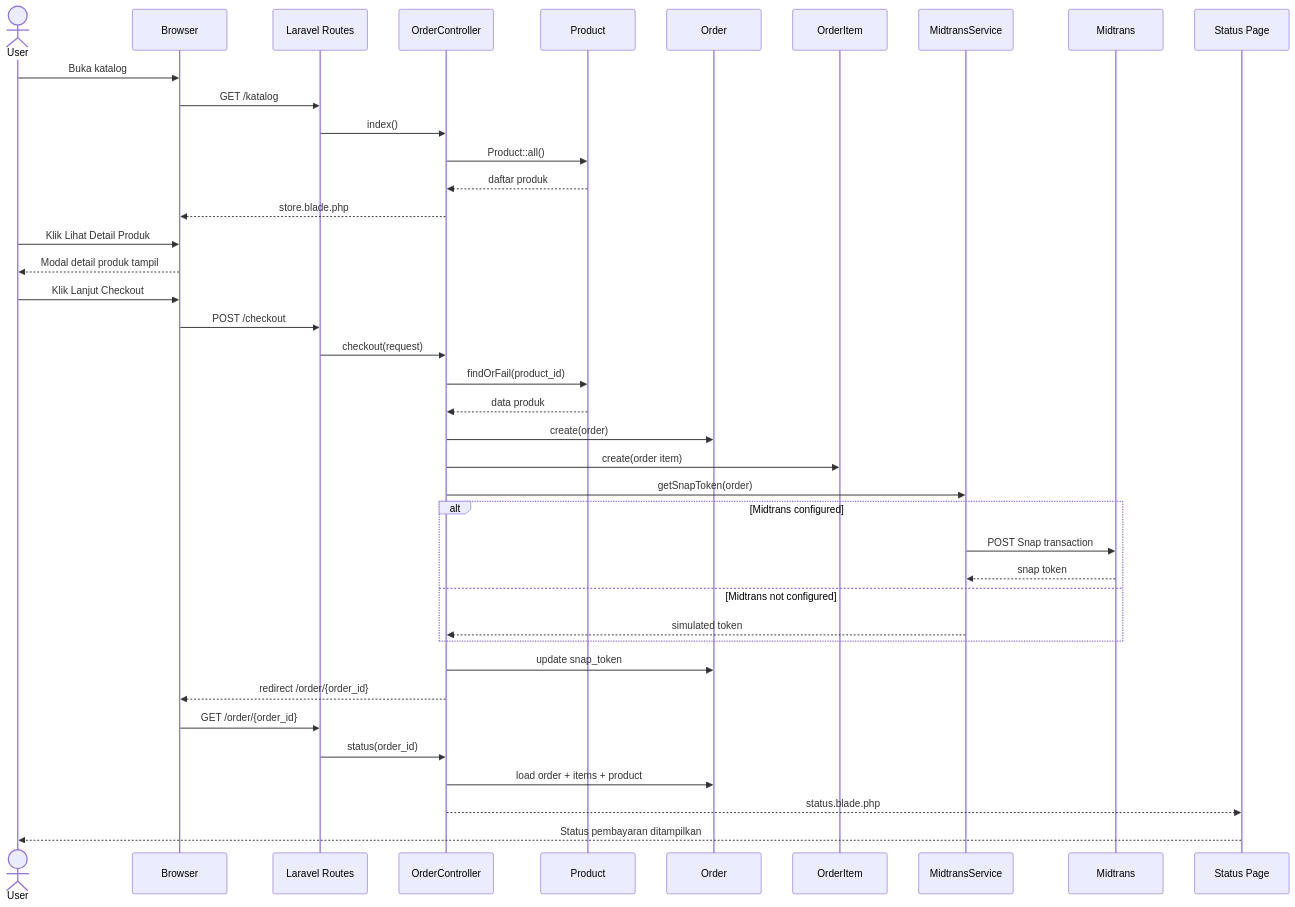
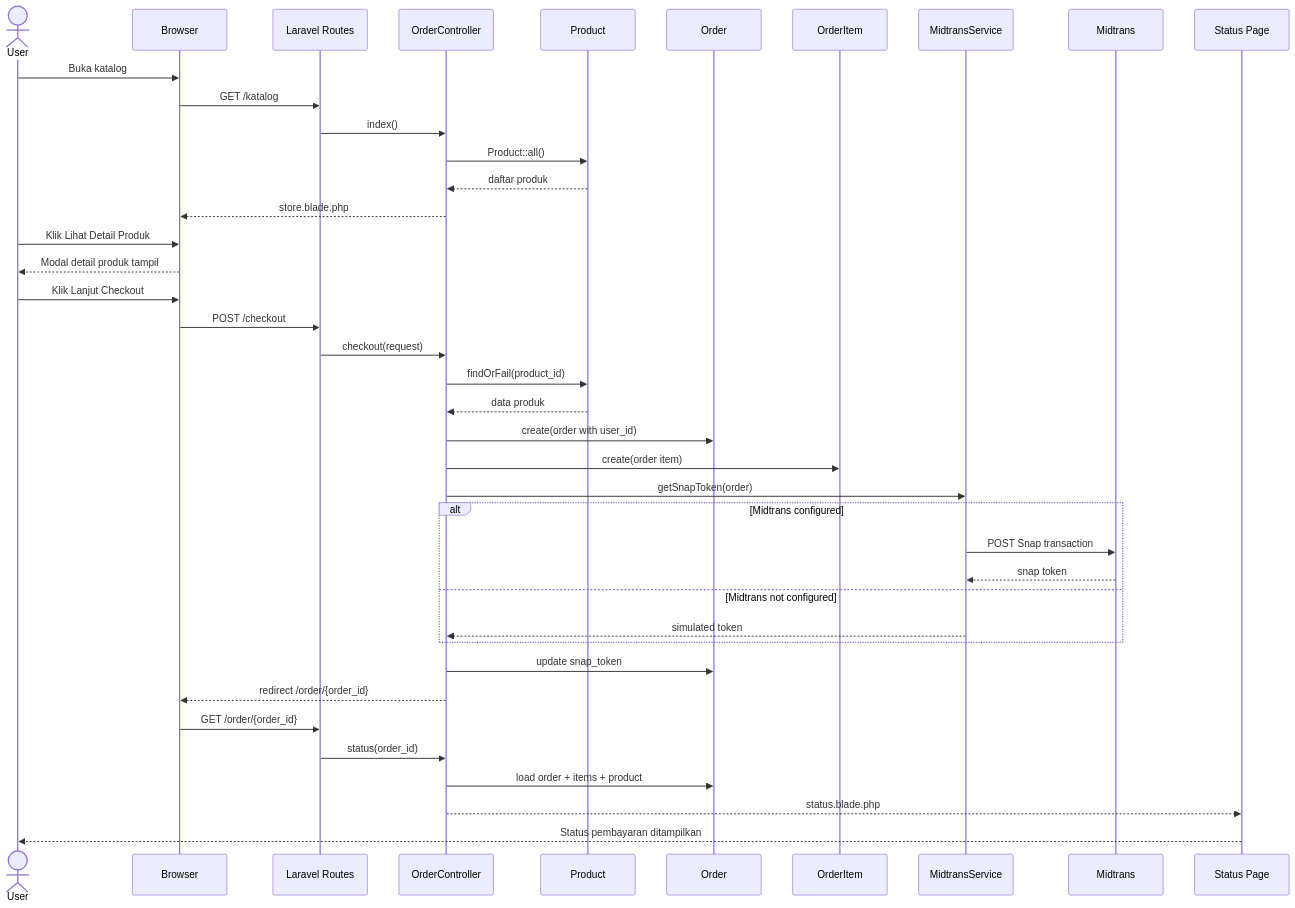
One commit to mufid1012/Laravel changed the fifth of 7 diagrams in Project-kelompok-app/docs/UML_Karsa_Studio.md. Above: the diagram before and after it, drawn with Mermaid. The commit also changed other lines of this file and 16 other files, not shown here.

````diff
--- a/Project-kelompok-app/docs/UML_Karsa_Studio.md
+++ b/Project-kelompok-app/docs/UML_Karsa_Studio.md
@@ -239,47 +303,47 @@
 ```mermaid
 sequenceDiagram
     actor User
     participant Browser
     participant Routes as Laravel Routes
     participant OrderController
     participant Product
     participant Order
     participant OrderItem
     participant MidtransService
     participant Midtrans
     participant StatusView as Status Page
 
     User->>Browser: Buka katalog
     Browser->>Routes: GET /katalog
     Routes->>OrderController: index()
     OrderController->>Product: Product::all()
     Product-->>OrderController: daftar produk
     OrderController-->>Browser: store.blade.php
 
     User->>Browser: Klik Lihat Detail Produk
     Browser-->>User: Modal detail produk tampil
     User->>Browser: Klik Lanjut Checkout
 
     Browser->>Routes: POST /checkout
     Routes->>OrderController: checkout(request)
     OrderController->>Product: findOrFail(product_id)
     Product-->>OrderController: data produk
-    OrderController->>Order: create(order)
+    OrderController->>Order: create(order with user_id)
     OrderController->>OrderItem: create(order item)
     OrderController->>MidtransService: getSnapToken(order)
 
     alt Midtrans configured
         MidtransService->>Midtrans: POST Snap transaction
         Midtrans-->>MidtransService: snap token
     else Midtrans not configured
         MidtransService-->>OrderController: simulated token
     end
 
     OrderController->>Order: update snap_token
     OrderController-->>Browser: redirect /order/{order_id}
     Browser->>Routes: GET /order/{order_id}
     Routes->>OrderController: status(order_id)
     OrderController->>Order: load order + items + product
     OrderController-->>StatusView: status.blade.php
     StatusView-->>User: Status pembayaran ditampilkan
 ```
````
